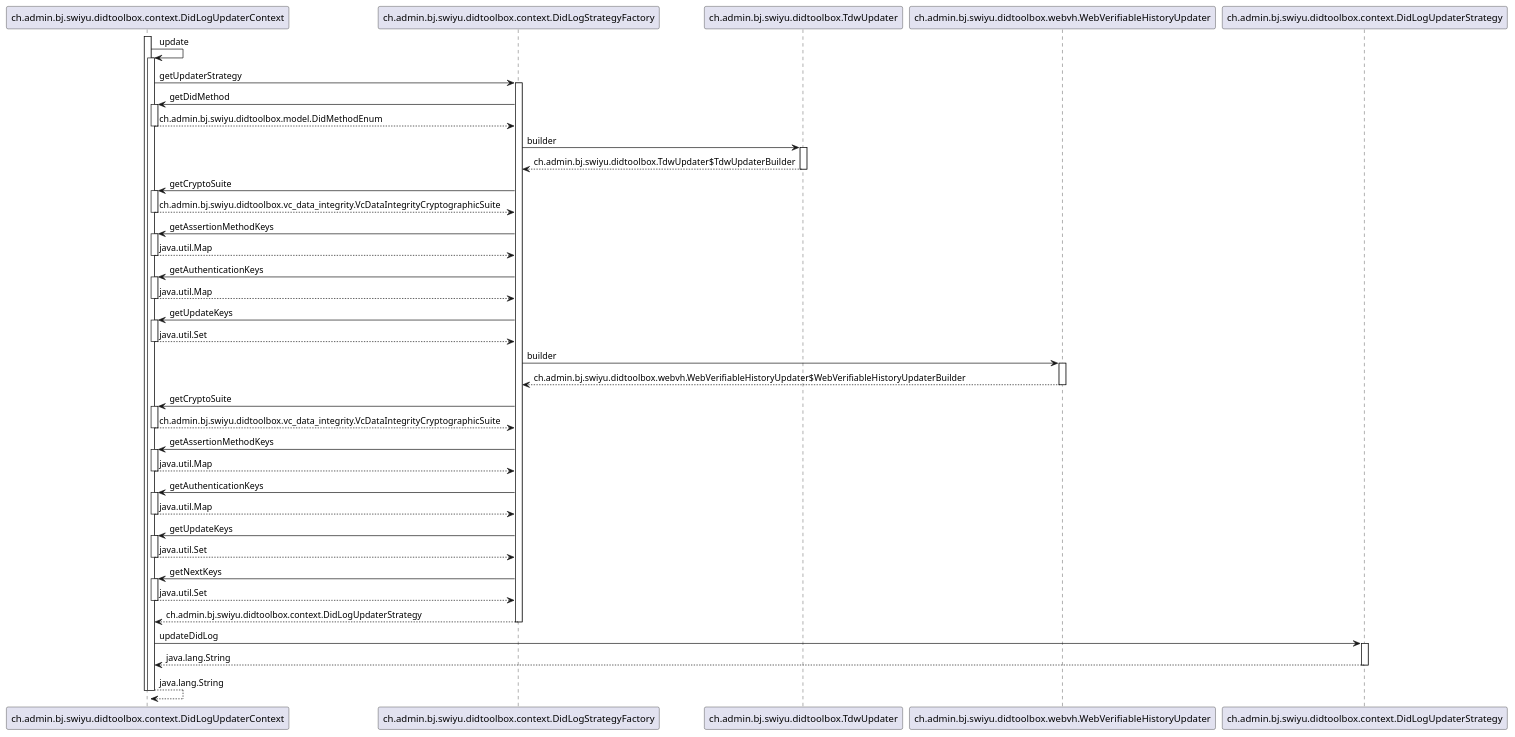
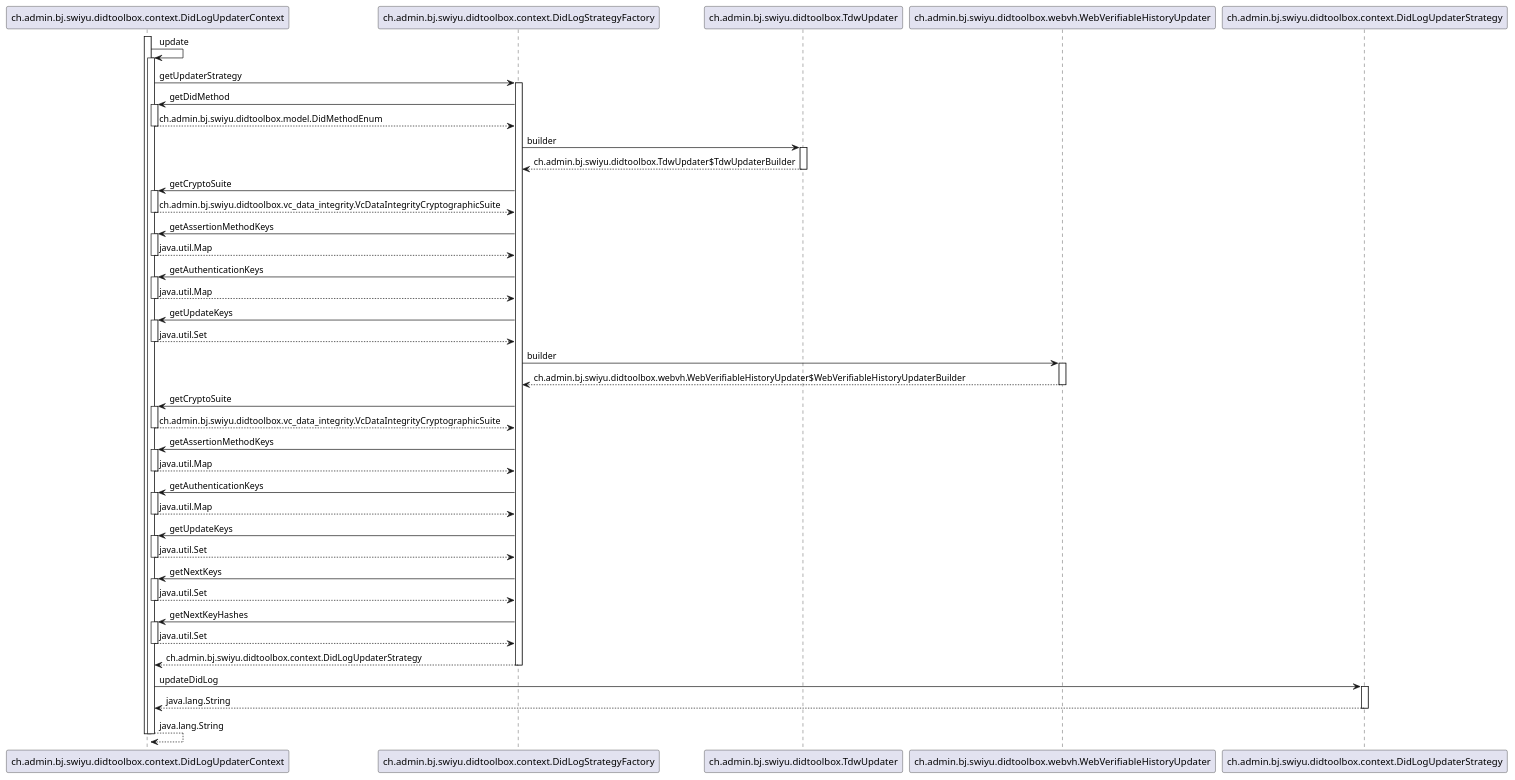
Before and after one commit to swiyu-admin-ch/didtoolbox-java: the diagram in src/main/plantuml/DidLogUpdaterContext-update.puml, drawn with PlantUML. The commit also changed 21 other files, not shown here.

Commit message:
EIDOMNI-450: nextKeyHashes(Set<NextKeyHashSource>) class member introduced for DidLog[Creator|Updater]Context

```diff
--- a/src/main/plantuml/DidLogUpdaterContext-update.puml
+++ b/src/main/plantuml/DidLogUpdaterContext-update.puml
@@ -2,72 +2,76 @@
 @startuml
 
 participant ch.admin.bj.swiyu.didtoolbox.context.DidLogUpdaterContext
 participant ch.admin.bj.swiyu.didtoolbox.context.DidLogStrategyFactory
 participant ch.admin.bj.swiyu.didtoolbox.TdwUpdater
 participant ch.admin.bj.swiyu.didtoolbox.webvh.WebVerifiableHistoryUpdater
 participant ch.admin.bj.swiyu.didtoolbox.context.DidLogUpdaterStrategy
 
 activate ch.admin.bj.swiyu.didtoolbox.context.DidLogUpdaterContext
 	ch.admin.bj.swiyu.didtoolbox.context.DidLogUpdaterContext -> ch.admin.bj.swiyu.didtoolbox.context.DidLogUpdaterContext : update
 	activate ch.admin.bj.swiyu.didtoolbox.context.DidLogUpdaterContext
 		ch.admin.bj.swiyu.didtoolbox.context.DidLogUpdaterContext -> ch.admin.bj.swiyu.didtoolbox.context.DidLogStrategyFactory : getUpdaterStrategy
 		activate ch.admin.bj.swiyu.didtoolbox.context.DidLogStrategyFactory
 			ch.admin.bj.swiyu.didtoolbox.context.DidLogStrategyFactory -> ch.admin.bj.swiyu.didtoolbox.context.DidLogUpdaterContext : getDidMethod
 			activate ch.admin.bj.swiyu.didtoolbox.context.DidLogUpdaterContext
 				ch.admin.bj.swiyu.didtoolbox.context.DidLogUpdaterContext --> ch.admin.bj.swiyu.didtoolbox.context.DidLogStrategyFactory : ch.admin.bj.swiyu.didtoolbox.model.DidMethodEnum
 			deactivate ch.admin.bj.swiyu.didtoolbox.context.DidLogUpdaterContext
 			ch.admin.bj.swiyu.didtoolbox.context.DidLogStrategyFactory -> ch.admin.bj.swiyu.didtoolbox.TdwUpdater : builder
 			activate ch.admin.bj.swiyu.didtoolbox.TdwUpdater
 				ch.admin.bj.swiyu.didtoolbox.TdwUpdater --> ch.admin.bj.swiyu.didtoolbox.context.DidLogStrategyFactory : ch.admin.bj.swiyu.didtoolbox.TdwUpdater$TdwUpdaterBuilder
 			deactivate ch.admin.bj.swiyu.didtoolbox.TdwUpdater
 			ch.admin.bj.swiyu.didtoolbox.context.DidLogStrategyFactory -> ch.admin.bj.swiyu.didtoolbox.context.DidLogUpdaterContext : getCryptoSuite
 			activate ch.admin.bj.swiyu.didtoolbox.context.DidLogUpdaterContext
 				ch.admin.bj.swiyu.didtoolbox.context.DidLogUpdaterContext --> ch.admin.bj.swiyu.didtoolbox.context.DidLogStrategyFactory : ch.admin.bj.swiyu.didtoolbox.vc_data_integrity.VcDataIntegrityCryptographicSuite
 			deactivate ch.admin.bj.swiyu.didtoolbox.context.DidLogUpdaterContext
 			ch.admin.bj.swiyu.didtoolbox.context.DidLogStrategyFactory -> ch.admin.bj.swiyu.didtoolbox.context.DidLogUpdaterContext : getAssertionMethodKeys
 			activate ch.admin.bj.swiyu.didtoolbox.context.DidLogUpdaterContext
 				ch.admin.bj.swiyu.didtoolbox.context.DidLogUpdaterContext --> ch.admin.bj.swiyu.didtoolbox.context.DidLogStrategyFactory : java.util.Map
 			deactivate ch.admin.bj.swiyu.didtoolbox.context.DidLogUpdaterContext
 			ch.admin.bj.swiyu.didtoolbox.context.DidLogStrategyFactory -> ch.admin.bj.swiyu.didtoolbox.context.DidLogUpdaterContext : getAuthenticationKeys
 			activate ch.admin.bj.swiyu.didtoolbox.context.DidLogUpdaterContext
 				ch.admin.bj.swiyu.didtoolbox.context.DidLogUpdaterContext --> ch.admin.bj.swiyu.didtoolbox.context.DidLogStrategyFactory : java.util.Map
 			deactivate ch.admin.bj.swiyu.didtoolbox.context.DidLogUpdaterContext
 			ch.admin.bj.swiyu.didtoolbox.context.DidLogStrategyFactory -> ch.admin.bj.swiyu.didtoolbox.context.DidLogUpdaterContext : getUpdateKeys
 			activate ch.admin.bj.swiyu.didtoolbox.context.DidLogUpdaterContext
 				ch.admin.bj.swiyu.didtoolbox.context.DidLogUpdaterContext --> ch.admin.bj.swiyu.didtoolbox.context.DidLogStrategyFactory : java.util.Set
 			deactivate ch.admin.bj.swiyu.didtoolbox.context.DidLogUpdaterContext
 			ch.admin.bj.swiyu.didtoolbox.context.DidLogStrategyFactory -> ch.admin.bj.swiyu.didtoolbox.webvh.WebVerifiableHistoryUpdater : builder
 			activate ch.admin.bj.swiyu.didtoolbox.webvh.WebVerifiableHistoryUpdater
 				ch.admin.bj.swiyu.didtoolbox.webvh.WebVerifiableHistoryUpdater --> ch.admin.bj.swiyu.didtoolbox.context.DidLogStrategyFactory : ch.admin.bj.swiyu.didtoolbox.webvh.WebVerifiableHistoryUpdater$WebVerifiableHistoryUpdaterBuilder
 			deactivate ch.admin.bj.swiyu.didtoolbox.webvh.WebVerifiableHistoryUpdater
 			ch.admin.bj.swiyu.didtoolbox.context.DidLogStrategyFactory -> ch.admin.bj.swiyu.didtoolbox.context.DidLogUpdaterContext : getCryptoSuite
 			activate ch.admin.bj.swiyu.didtoolbox.context.DidLogUpdaterContext
 				ch.admin.bj.swiyu.didtoolbox.context.DidLogUpdaterContext --> ch.admin.bj.swiyu.didtoolbox.context.DidLogStrategyFactory : ch.admin.bj.swiyu.didtoolbox.vc_data_integrity.VcDataIntegrityCryptographicSuite
 			deactivate ch.admin.bj.swiyu.didtoolbox.context.DidLogUpdaterContext
 			ch.admin.bj.swiyu.didtoolbox.context.DidLogStrategyFactory -> ch.admin.bj.swiyu.didtoolbox.context.DidLogUpdaterContext : getAssertionMethodKeys
 			activate ch.admin.bj.swiyu.didtoolbox.context.DidLogUpdaterContext
 				ch.admin.bj.swiyu.didtoolbox.context.DidLogUpdaterContext --> ch.admin.bj.swiyu.didtoolbox.context.DidLogStrategyFactory : java.util.Map
 			deactivate ch.admin.bj.swiyu.didtoolbox.context.DidLogUpdaterContext
 			ch.admin.bj.swiyu.didtoolbox.context.DidLogStrategyFactory -> ch.admin.bj.swiyu.didtoolbox.context.DidLogUpdaterContext : getAuthenticationKeys
 			activate ch.admin.bj.swiyu.didtoolbox.context.DidLogUpdaterContext
 				ch.admin.bj.swiyu.didtoolbox.context.DidLogUpdaterContext --> ch.admin.bj.swiyu.didtoolbox.context.DidLogStrategyFactory : java.util.Map
 			deactivate ch.admin.bj.swiyu.didtoolbox.context.DidLogUpdaterContext
 			ch.admin.bj.swiyu.didtoolbox.context.DidLogStrategyFactory -> ch.admin.bj.swiyu.didtoolbox.context.DidLogUpdaterContext : getUpdateKeys
 			activate ch.admin.bj.swiyu.didtoolbox.context.DidLogUpdaterContext
 				ch.admin.bj.swiyu.didtoolbox.context.DidLogUpdaterContext --> ch.admin.bj.swiyu.didtoolbox.context.DidLogStrategyFactory : java.util.Set
 			deactivate ch.admin.bj.swiyu.didtoolbox.context.DidLogUpdaterContext
 			ch.admin.bj.swiyu.didtoolbox.context.DidLogStrategyFactory -> ch.admin.bj.swiyu.didtoolbox.context.DidLogUpdaterContext : getNextKeys
 			activate ch.admin.bj.swiyu.didtoolbox.context.DidLogUpdaterContext
 				ch.admin.bj.swiyu.didtoolbox.context.DidLogUpdaterContext --> ch.admin.bj.swiyu.didtoolbox.context.DidLogStrategyFactory : java.util.Set
 			deactivate ch.admin.bj.swiyu.didtoolbox.context.DidLogUpdaterContext
+			ch.admin.bj.swiyu.didtoolbox.context.DidLogStrategyFactory -> ch.admin.bj.swiyu.didtoolbox.context.DidLogUpdaterContext : getNextKeyHashes
+			activate ch.admin.bj.swiyu.didtoolbox.context.DidLogUpdaterContext
+				ch.admin.bj.swiyu.didtoolbox.context.DidLogUpdaterContext --> ch.admin.bj.swiyu.didtoolbox.context.DidLogStrategyFactory : java.util.Set
+			deactivate ch.admin.bj.swiyu.didtoolbox.context.DidLogUpdaterContext
 			ch.admin.bj.swiyu.didtoolbox.context.DidLogStrategyFactory --> ch.admin.bj.swiyu.didtoolbox.context.DidLogUpdaterContext : ch.admin.bj.swiyu.didtoolbox.context.DidLogUpdaterStrategy
 		deactivate ch.admin.bj.swiyu.didtoolbox.context.DidLogStrategyFactory
 		ch.admin.bj.swiyu.didtoolbox.context.DidLogUpdaterContext -> ch.admin.bj.swiyu.didtoolbox.context.DidLogUpdaterStrategy : updateDidLog
 		activate ch.admin.bj.swiyu.didtoolbox.context.DidLogUpdaterStrategy
 			ch.admin.bj.swiyu.didtoolbox.context.DidLogUpdaterStrategy --> ch.admin.bj.swiyu.didtoolbox.context.DidLogUpdaterContext : java.lang.String
 		deactivate ch.admin.bj.swiyu.didtoolbox.context.DidLogUpdaterStrategy
 		ch.admin.bj.swiyu.didtoolbox.context.DidLogUpdaterContext --> ch.admin.bj.swiyu.didtoolbox.context.DidLogUpdaterContext : java.lang.String
 	deactivate ch.admin.bj.swiyu.didtoolbox.context.DidLogUpdaterContext
 deactivate ch.admin.bj.swiyu.didtoolbox.context.DidLogUpdaterContext
 
 @enduml
```
